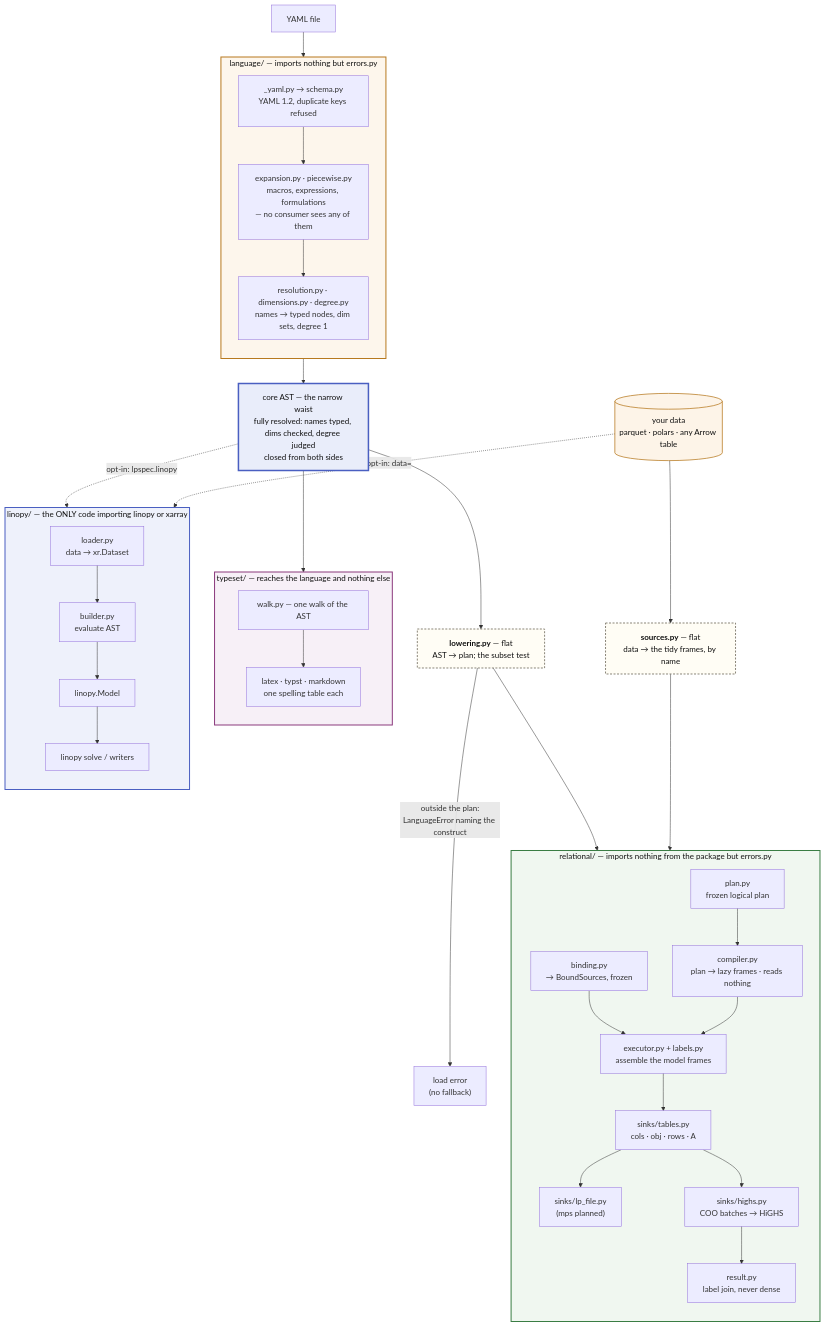
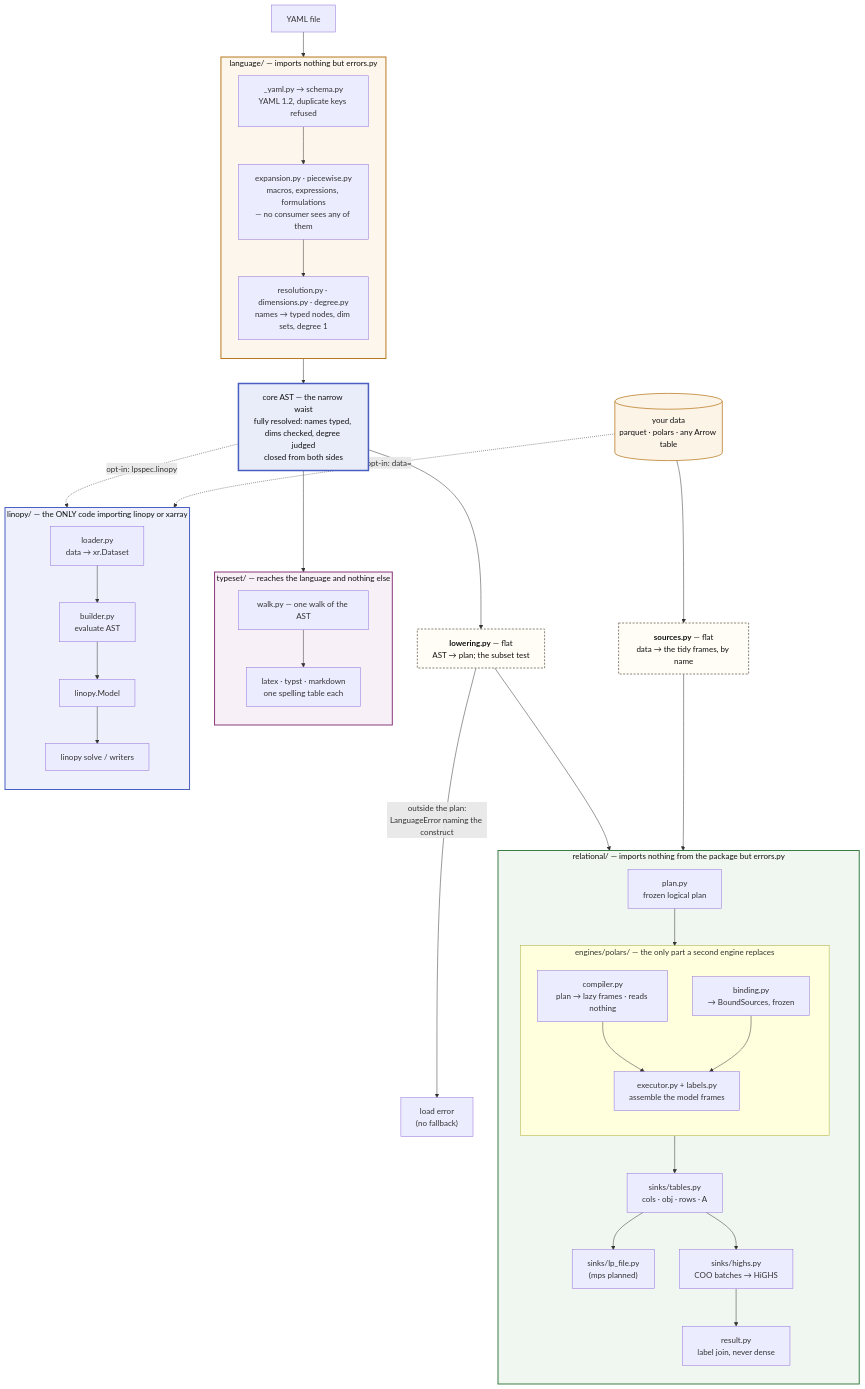
Before and after one commit to FBumann/farkas: the first of 2 diagrams in docs/ARCHITECTURE.md, drawn with Mermaid. The commit also changed other lines of this file and 1 other file, not shown here.

First line of the commit message:
docs(architecture): the engines boundary, in the diagram and the rule

````diff
--- a/docs/ARCHITECTURE.md
+++ b/docs/ARCHITECTURE.md
@@ -47,64 +47,67 @@
 ```mermaid
 flowchart TB
     Y[YAML file] --> LANG
 
     subgraph LANG["language/ — imports nothing but errors.py"]
         direction TB
         SCHEMA["_yaml.py → schema.py<br/>YAML 1.2, duplicate keys refused"]
         SCHEMA --> EXPAND["expansion.py · piecewise.py<br/>macros, expressions, formulations<br/>— no consumer sees any of them"]
         EXPAND --> RESOLVE["resolution.py · dimensions.py · degree.py<br/>names → typed nodes, dim sets, degree 1"]
     end
 
     LANG --> AST["core AST — the narrow waist<br/>fully resolved: names typed, dims checked, degree judged<br/>closed from both sides"]
 
     AST --> LOWER
     AST --> WALK
     AST -.->|"opt-in: lpspec.linopy"| BUILD
 
     DATA[("your data<br/>parquet · polars · any Arrow table")] --> SRC
     DATA -.->|"opt-in: data="| LOAD
 
     LOWER["<b>lowering.py</b> — flat<br/>AST → plan; the subset test"]
     SRC["<b>sources.py</b> — flat<br/>data → the tidy frames, by name"]
 
     LOWER --> PLAN
     SRC --> BIND
     LOWER -->|"outside the plan:<br/>LanguageError naming the construct"| ERR["load error<br/>(no fallback)"]
 
     subgraph REL["relational/ — imports nothing from the package but errors.py"]
         direction TB
-        PLAN["plan.py<br/>frozen logical plan"] --> COMP["compiler.py<br/>plan → lazy frames · reads nothing"]
-        BIND["binding.py<br/>→ BoundSources, frozen"] --> EXEC
-        COMP --> EXEC["executor.py + labels.py<br/>assemble the model frames"]
-        EXEC --> TABLES["sinks/tables.py<br/>cols · obj · rows · A"]
+        PLAN["plan.py<br/>frozen logical plan"] --> ENG
+        subgraph ENG["engines/polars/ — the only part a second engine replaces"]
+            direction TB
+            COMP["compiler.py<br/>plan → lazy frames · reads nothing"] --> EXEC
+            BIND["binding.py<br/>→ BoundSources, frozen"] --> EXEC["executor.py + labels.py<br/>assemble the model frames"]
+        end
+        ENG --> TABLES["sinks/tables.py<br/>cols · obj · rows · A"]
         TABLES --> LPS["sinks/lp_file.py<br/>(mps planned)"]
         TABLES --> DIRECT["sinks/highs.py<br/>COO batches → HiGHS"]
         DIRECT --> SOL["result.py<br/>label join, never dense"]
     end
 
     subgraph TS["typeset/ — reaches the language and nothing else"]
         direction TB
         WALK["walk.py — one walk of the AST"] --> FMT["latex · typst · markdown<br/>one spelling table each"]
     end
 
     subgraph EAGER["linopy/ — the ONLY code importing linopy or xarray"]
         direction TB
         LOAD["loader.py<br/>data → xr.Dataset"] --> BUILD["builder.py<br/>evaluate AST"]
         BUILD --> MODEL[linopy.Model] --> SOLVE["linopy solve / writers"]
     end
 
     classDef laneL fill:#fdf6ec,stroke:#b7791f,stroke-width:2px,color:#111
     classDef laneR fill:#f0f7f0,stroke:#3a7d44,stroke-width:2px,color:#111
     classDef laneE fill:#eef1fb,stroke:#4a5fc1,stroke-width:2px,color:#111
     classDef laneT fill:#f7f0f7,stroke:#8b3a7d,stroke-width:2px,color:#111
     classDef waist fill:#e9edfa,stroke:#4a5fc1,stroke-width:3px,color:#111
     classDef flat fill:#fffdf5,stroke:#8a8578,stroke-width:2px,stroke-dasharray:4 3,color:#111
     classDef data fill:#fdf4e8,stroke:#b7791f,stroke-width:1.5px,color:#111
     class LANG laneL
     class REL laneR
     class EAGER laneE
     class TS laneT
     class AST waist
     class LOWER,SRC flat
     class DATA data
 ```
````
